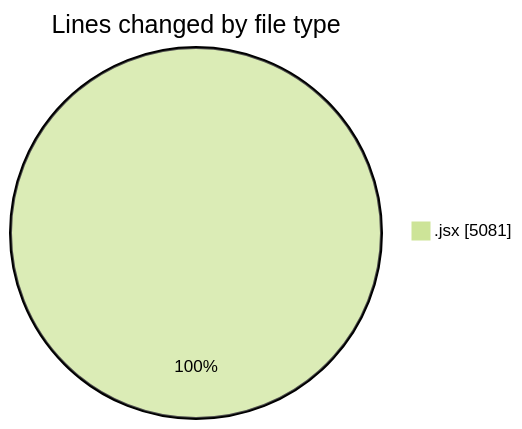
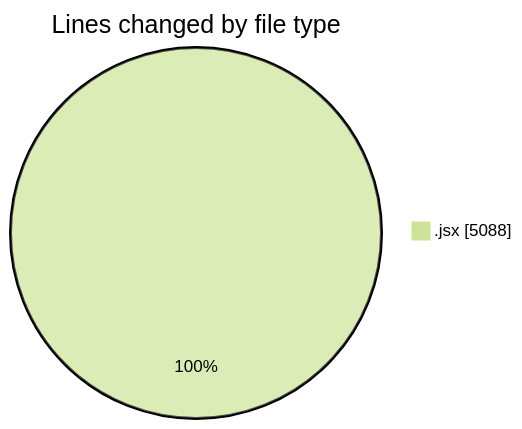
The first of 2 diagrams in 2025-07-08/argos/README.md (nxtqubesakshisongat/code-tracking), drawn with Mermaid (forest theme) before and after one commit. The commit also changed other lines of this file and 1 other file, not shown here.

````diff
--- a/2025-07-08/argos/README.md
+++ b/2025-07-08/argos/README.md
@@ -26,5 +26,5 @@
 ```mermaid
 pie showData
 title Lines changed by file type
-".jsx" : 5081
+".jsx" : 5088
 ```
````
